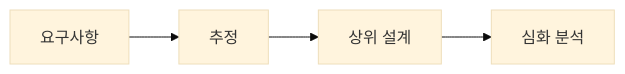
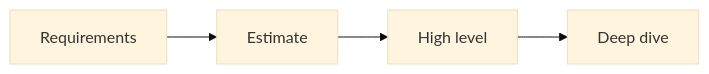
Before and after one commit to yeongseon-books/book-content: the diagram in content/developer-career-101/ko/06-system-design-interview.md, drawn with Mermaid (base theme). The commit also changed other lines of this file and 9 other files, not shown here.

````diff
--- a/content/developer-career-101/ko/06-system-design-interview.md
+++ b/content/developer-career-101/ko/06-system-design-interview.md
@@ -46,6 +52,6 @@
 ```mermaid
 flowchart LR
-    R[요구사항] --> E[추정]
-    E --> H[상위 설계]
-    H --> D[심화 분석]
+    R[Requirements] --> E[Estimate]
+    E --> H[High level]
+    H --> D[Deep dive]
 ```
````
